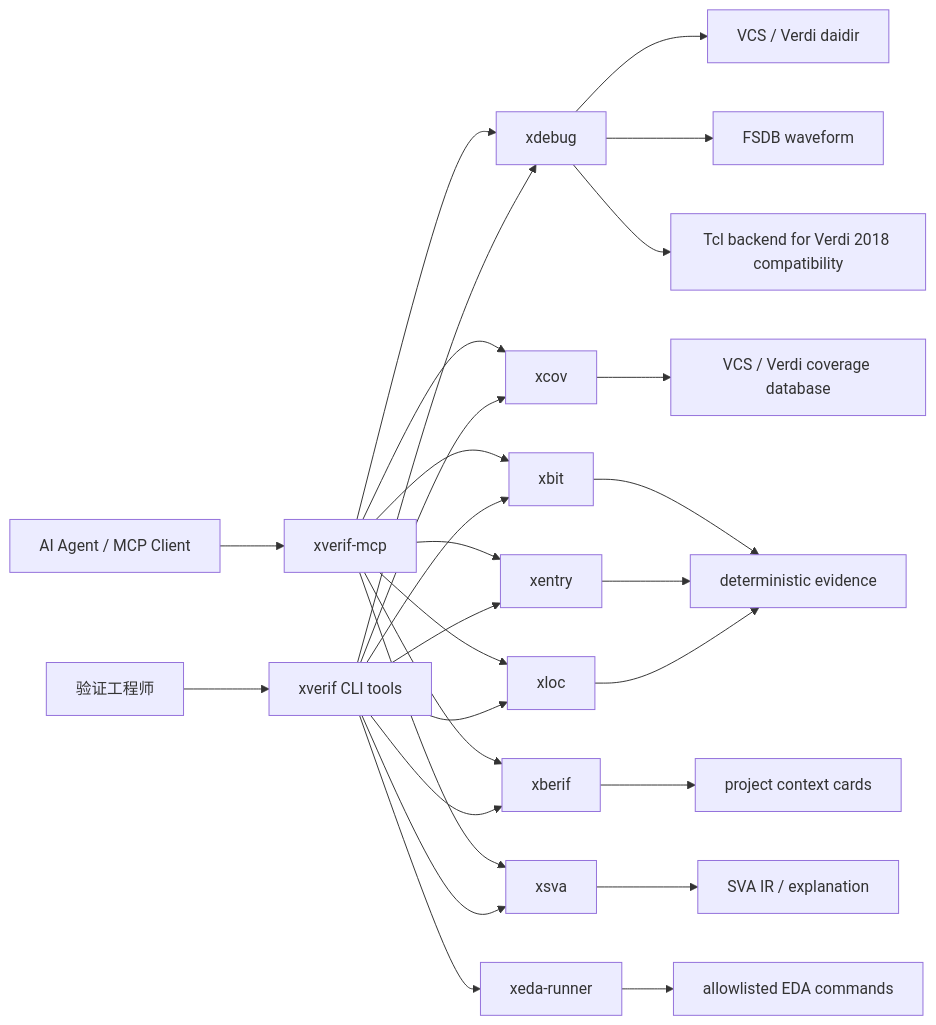
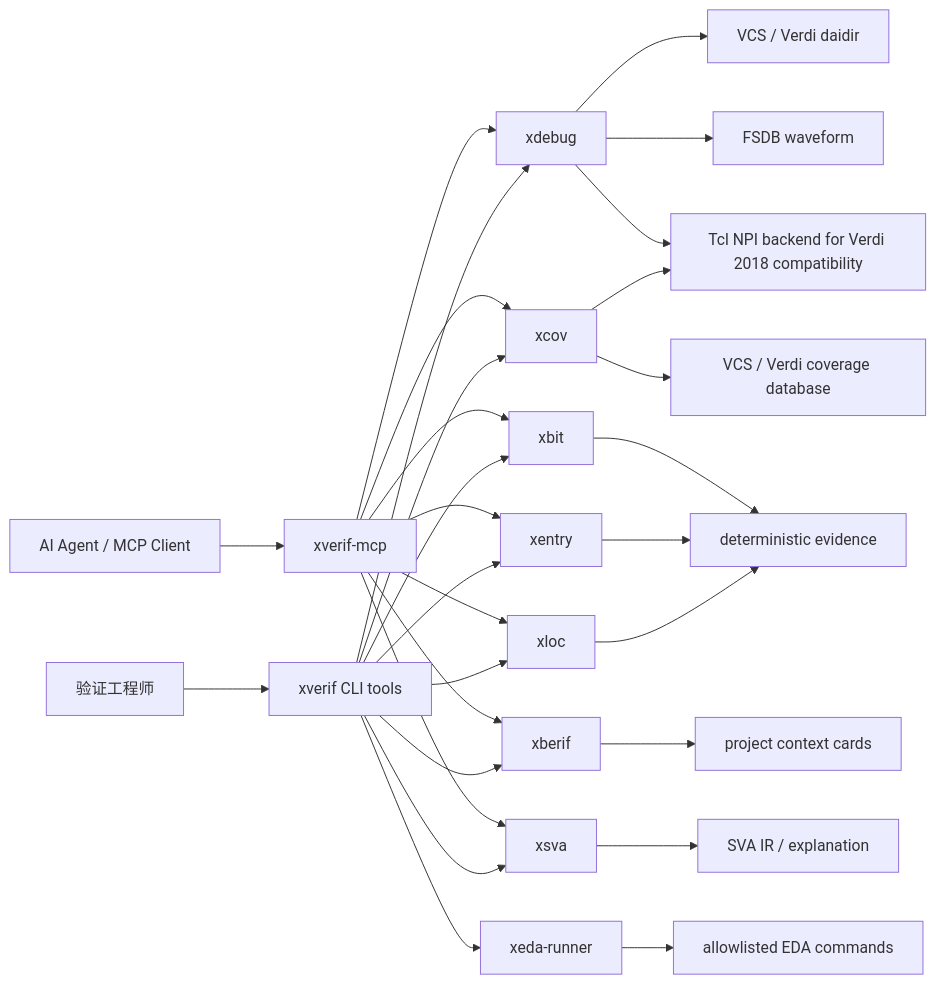
Before and after one commit to ysyx-22040210-yudian/xverif: the first of 6 diagrams in README.md, drawn with Mermaid. The commit also changed other lines of this file and 13 other files, not shown here.

Commit message:
统一 NPI 为 Tcl 后端实现

````diff
--- a/README.md
+++ b/README.md
@@ -32,34 +32,35 @@
 ```mermaid
 flowchart LR
     User["验证工程师"] --> CLI["xverif CLI tools"]
     Agent["AI Agent / MCP Client"] --> MCP["xverif-mcp"]
 
     MCP --> XDEBUG["xdebug"]
     MCP --> XCOV["xcov"]
     MCP --> XBIT["xbit"]
     MCP --> XENTRY["xentry"]
     MCP --> XLOC["xloc"]
     MCP --> XBERIF["xberif"]
     MCP --> XSVA["xsva"]
 
     CLI --> XDEBUG
     CLI --> XCOV
     CLI --> XBIT
     CLI --> XENTRY
     CLI --> XLOC
     CLI --> XBERIF
     CLI --> XSVA
     CLI --> XEDA["xeda-runner"]
 
     XDEBUG --> RTLDB["VCS / Verdi daidir"]
     XDEBUG --> FSDB["FSDB waveform"]
-    XDEBUG --> TCL["Tcl backend for Verdi 2018 compatibility"]
+    XDEBUG --> TCL["Tcl NPI backend for Verdi 2018 compatibility"]
     XCOV --> VDB["VCS / Verdi coverage database"]
+    XCOV --> TCL
     XEDA --> EDA["allowlisted EDA commands"]
 
     XBIT --> FACTS["deterministic evidence"]
     XENTRY --> FACTS
     XLOC --> FACTS
     XBERIF --> CONTEXT["project context cards"]
     XSVA --> IR["SVA IR / explanation"]
 ```
````
